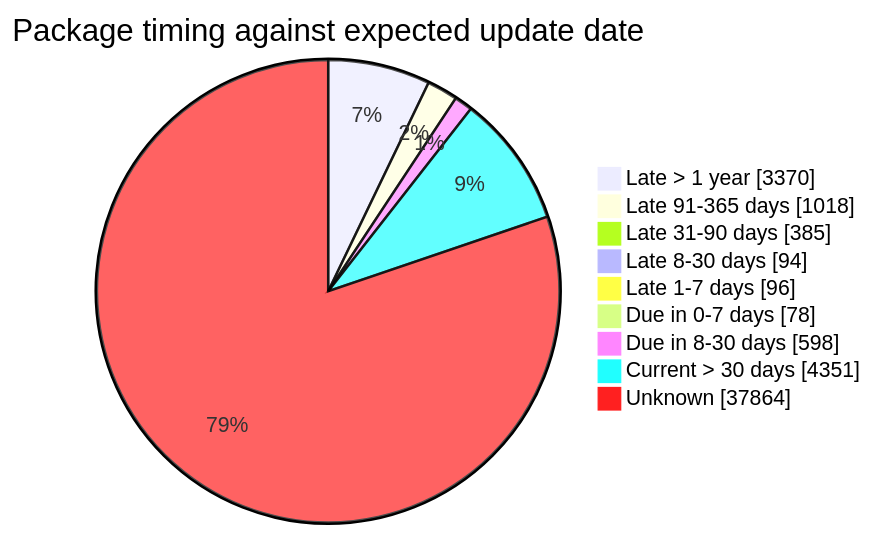
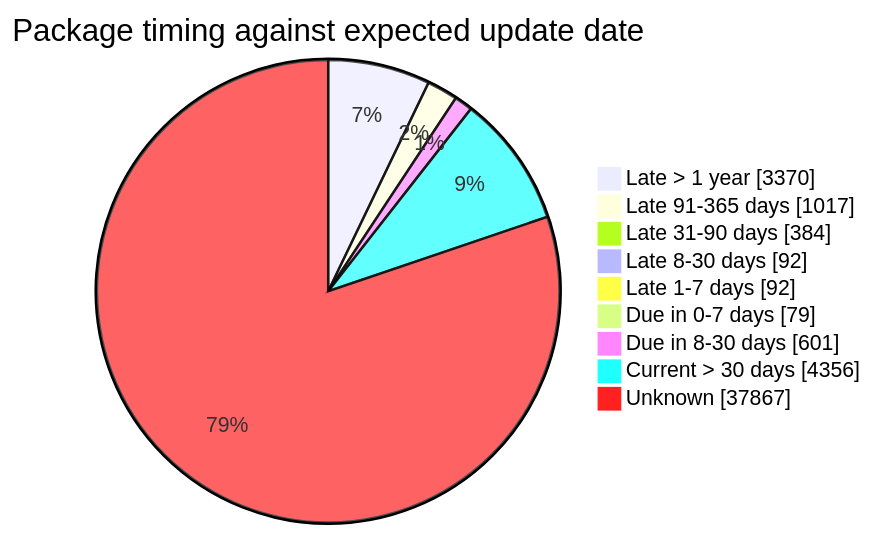
Before and after one commit to open-data/analytics-corporate-reporting: the fourth of 5 diagrams in FreshCheck/README.md, drawn with Mermaid. The commit also changed other lines of this file and 3 other files, not shown here.

````diff
--- a/FreshCheck/README.md
+++ b/FreshCheck/README.md
@@ -86,12 +86,12 @@
 ```mermaid
 pie showData title Package timing against expected update date
     "Late > 1 year": 3370
-    "Late 91-365 days": 1018
-    "Late 31-90 days": 385
-    "Late 8-30 days": 94
-    "Late 1-7 days": 96
-    "Due in 0-7 days": 78
-    "Due in 8-30 days": 598
-    "Current > 30 days": 4351
-    "Unknown": 37864
+    "Late 91-365 days": 1017
+    "Late 31-90 days": 384
+    "Late 8-30 days": 92
+    "Late 1-7 days": 92
+    "Due in 0-7 days": 79
+    "Due in 8-30 days": 601
+    "Current > 30 days": 4356
+    "Unknown": 37867
 ```
````
